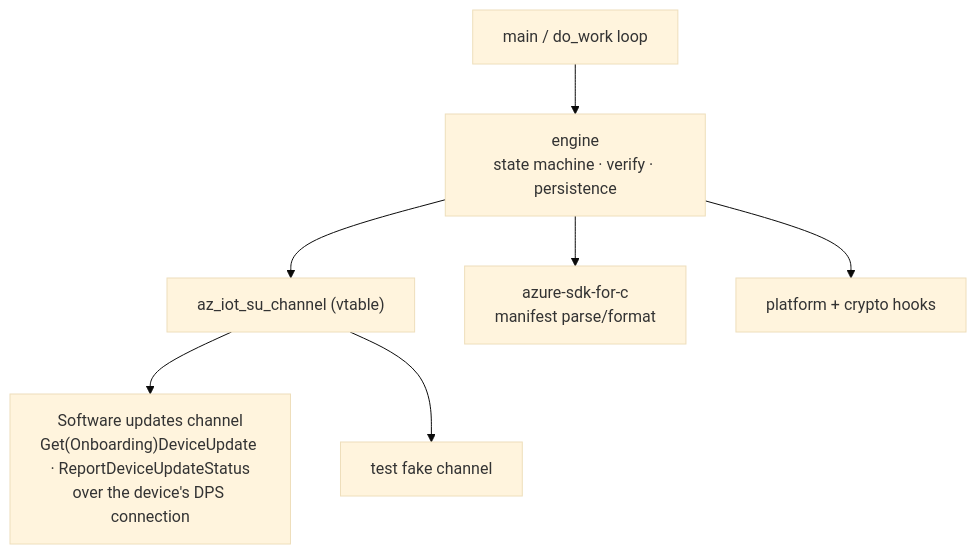
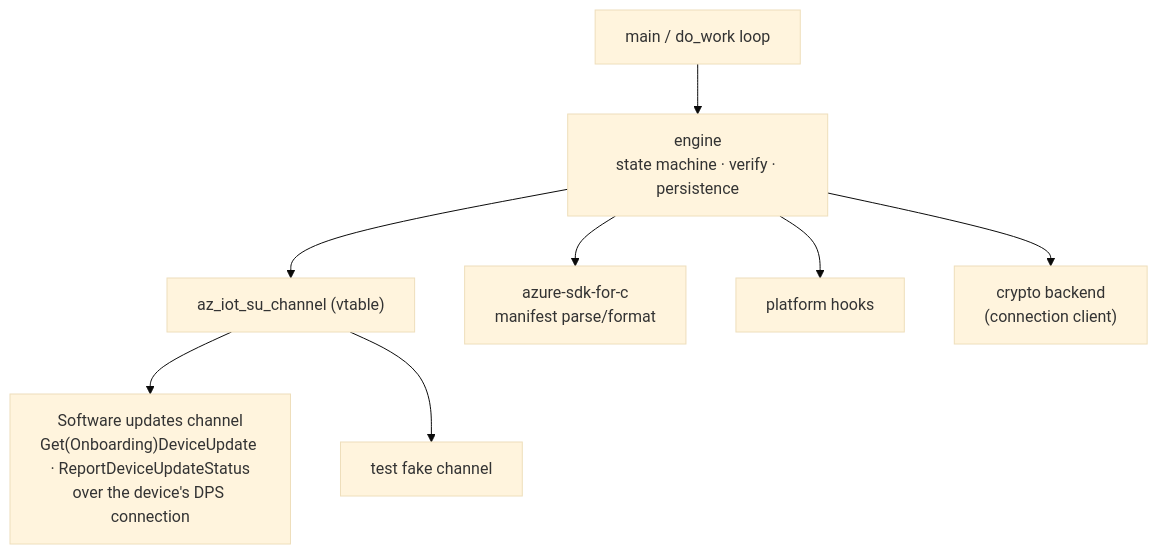
The second of 6 diagrams in c/docs/eng/software-updates.md (Azure/azure-iot-sdk), drawn with Mermaid (base theme) before and after one commit. The commit also changed other lines of this file and 67 other files, not shown here.

First line of the commit message:
[C] Shared crypto backend for every feature

````diff
--- a/c/docs/eng/software-updates.md
+++ b/c/docs/eng/software-updates.md
@@ -165,9 +165,10 @@
 ```mermaid
 flowchart TB
     MAIN2["main / do_work loop"] --> CORE["engine<br/>state machine · verify · persistence"]
     CORE --> CH["az_iot_su_channel (vtable)"]
     CH --> V2["Software updates channel<br/>Get(Onboarding)DeviceUpdate · ReportDeviceUpdateStatus<br/>over the device's DPS connection"]
     CH --> FAKE["test fake channel"]
     CORE --> AZ["azure-sdk-for-c<br/>manifest parse/format"]
-    CORE --> HK["platform + crypto hooks"]
+    CORE --> HK["platform hooks"]
+    CORE --> CR["crypto backend<br/>(connection client)"]
 ```
````
